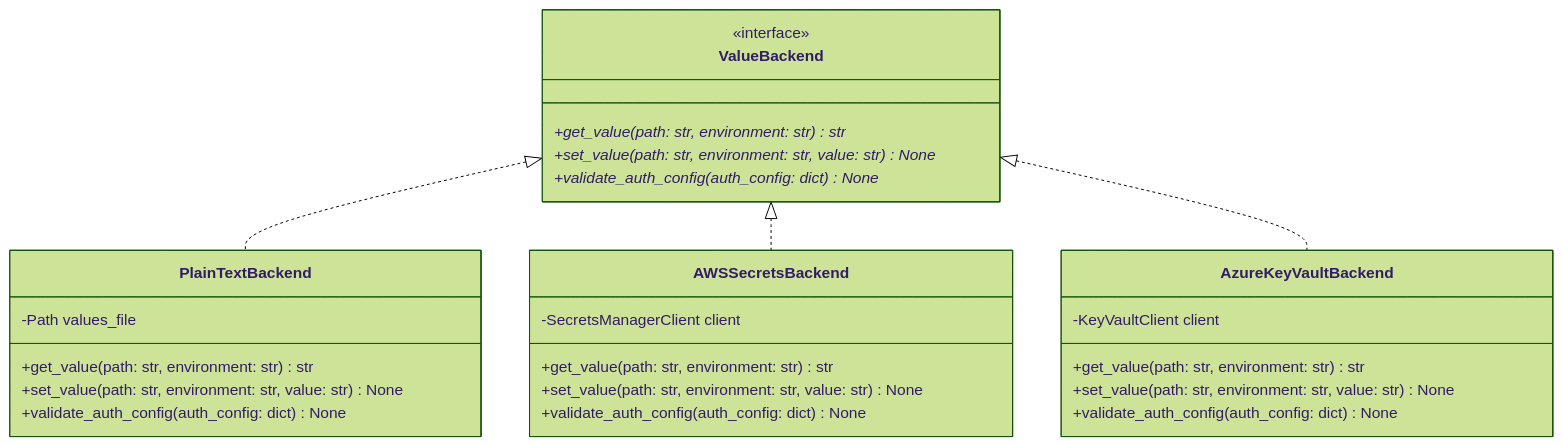
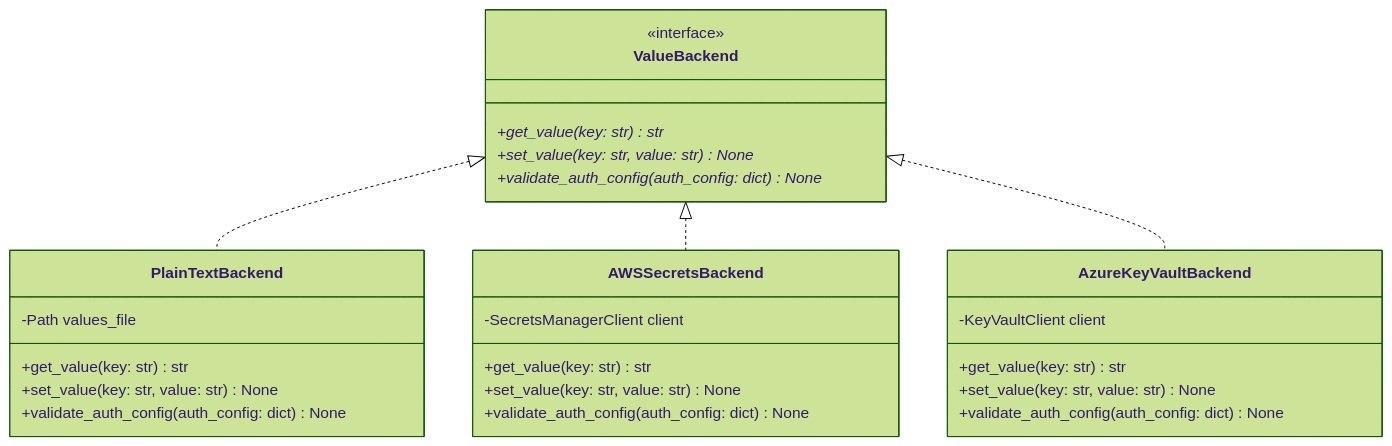
Before and after one commit to Zipstack/helm-values-manager: the second of 3 diagrams in docs/Design/low-level-design.md, drawn with Mermaid (forest theme). The commit also changed other lines of this file and 10 other files, not shown here.

````diff
--- a/docs/Design/low-level-design.md
+++ b/docs/Design/low-level-design.md
@@ -43,34 +45,34 @@
 ```mermaid
 classDiagram
     class ValueBackend {
         <<interface>>
-        +get_value(path: str, environment: str)* str
-        +set_value(path: str, environment: str, value: str)* None
+        +get_value(key: str)* str
+        +set_value(key: str, value: str)* None
         +validate_auth_config(auth_config: dict)* None
     }
 
     class PlainTextBackend {
         -Path values_file
-        +get_value(path: str, environment: str) str
-        +set_value(path: str, environment: str, value: str) None
+        +get_value(key: str) str
+        +set_value(key: str, value: str) None
         +validate_auth_config(auth_config: dict) None
     }
 
     class AWSSecretsBackend {
         -SecretsManagerClient client
-        +get_value(path: str, environment: str) str
-        +set_value(path: str, environment: str, value: str) None
+        +get_value(key: str) str
+        +set_value(key: str, value: str) None
         +validate_auth_config(auth_config: dict) None
     }
 
     class AzureKeyVaultBackend {
         -KeyVaultClient client
-        +get_value(path: str, environment: str) str
-        +set_value(path: str, environment: str, value: str) None
+        +get_value(key: str) str
+        +set_value(key: str, value: str) None
         +validate_auth_config(auth_config: dict) None
     }
 
     ValueBackend <|.. PlainTextBackend
     ValueBackend <|.. AWSSecretsBackend
     ValueBackend <|.. AzureKeyVaultBackend
 ```
````
